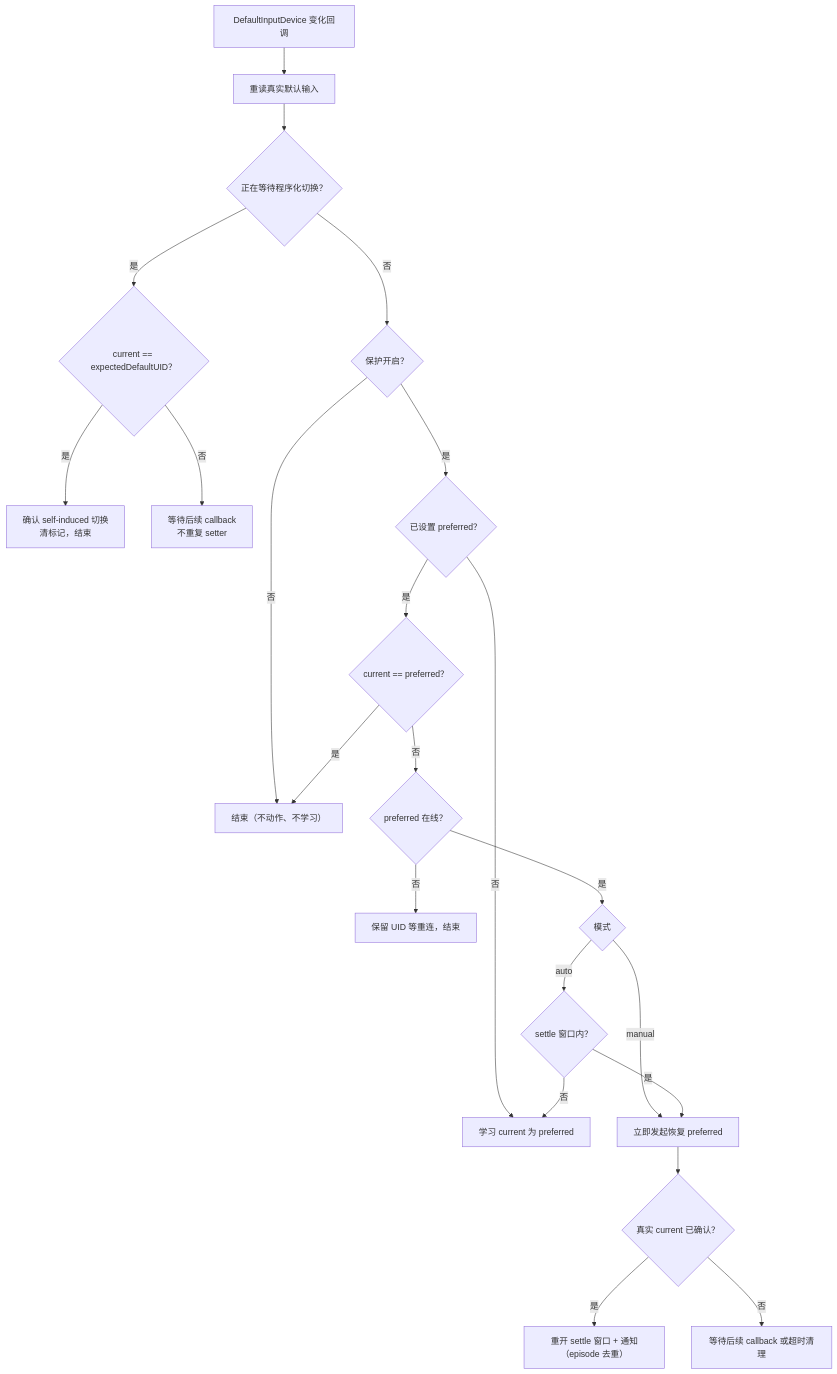
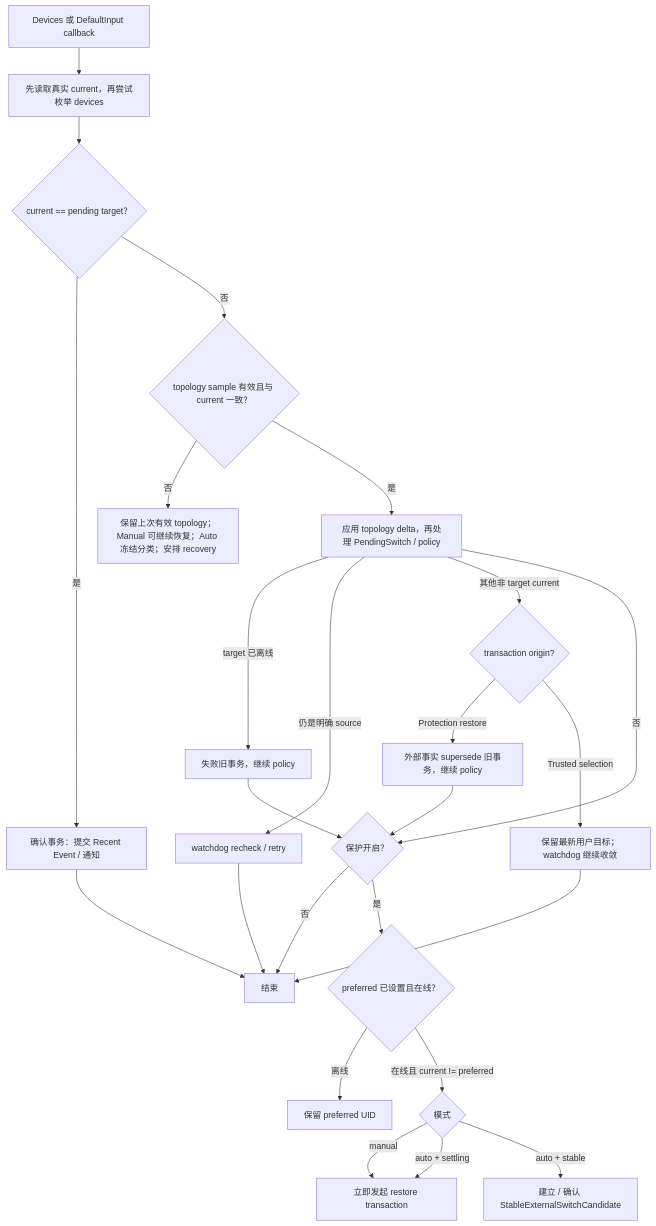
One commit to Forgo7ten/MicLock changed the second of 3 diagrams in docs/auto-mode.md. Above: the diagram before and after it, drawn with Mermaid. The commit also changed other lines of this file and 10 other files, not shown here.

````diff
--- a/docs/auto-mode.md
+++ b/docs/auto-mode.md
@@ -19,24 +61,27 @@
 ```mermaid
 flowchart TD
-    A["DefaultInputDevice 变化回调"] --> B["重读真实默认输入"]
-    B --> C{"正在等待程序化切换？"}
-    C -->|"是"| D{"current == expectedDefaultUID？"}
-    D -->|"是"| D1["确认 self-induced 切换<br/>清标记，结束"]
-    D -->|"否"| D2["等待后续 callback<br/>不重复 setter"]
-    C -->|"否"| E{"保护开启？"}
-    E -->|"否"| Z["结束（不动作、不学习）"]
-    E -->|"是"| F{"已设置 preferred？"}
-    F -->|"否"| L["学习 current 为 preferred"]
-    F -->|"是"| G{"current == preferred？"}
-    G -->|"是"| Z
-    G -->|"否"| H{"preferred 在线？"}
-    H -->|"否"| Z2["保留 UID 等重连，结束"]
-    H -->|"是"| I{"模式"}
-    I -->|"manual"| R["立即发起恢复 preferred"]
-    I -->|"auto"| J{"settle 窗口内？"}
-    J -->|"是"| R
-    J -->|"否"| L
-    R --> K{"真实 current 已确认？"}
-    K -->|"是"| Z3["重开 settle 窗口 + 通知（episode 去重）"]
-    K -->|"否"| K1["等待后续 callback 或超时清理"]
+    A["Devices 或 DefaultInput callback"] --> B["先读取真实 current，再尝试枚举 devices"]
+    B --> C{"current == pending target？"}
+    C -->|是| E1["确认事务：提交 Recent Event / 通知"]
+    C -->|否| D{"topology sample 有效且与 current 一致？"}
+    D -->|否| D1["保留上次有效 topology；Manual 可继续恢复；Auto 冻结分类；安排 recovery"]
+    D -->|是| E["应用 topology delta，再处理 PendingSwitch / policy"]
+    E -->|target 已离线| E2["失败旧事务，继续 policy"]
+    E -->|仍是明确 source| E4["watchdog recheck / retry"]
+    E -->|其他非 target current| E3{"transaction origin?"}
+    E3 -->|Protection restore| E5["外部事实 supersede 旧事务，继续 policy"]
+    E3 -->|Trusted selection| E6["保留最新用户目标；watchdog 继续收敛"]
+    E -->|否| F{"保护开启？"}
+    E2 --> F
+    E5 --> F
+    E6 --> Z
+    E1 --> Z[结束]
+    E4 --> Z
+    F -->|否| Z
+    F -->|是| G{"preferred 已设置且在线？"}
+    G -->|离线| G1[保留 preferred UID]
+    G -->|在线且 current != preferred| H{"模式"}
+    H -->|manual| R[立即发起 restore transaction]
+    H -->|auto + settling| R
+    H -->|auto + stable| U[建立 / 确认 StableExternalSwitchCandidate]
 ```
````
